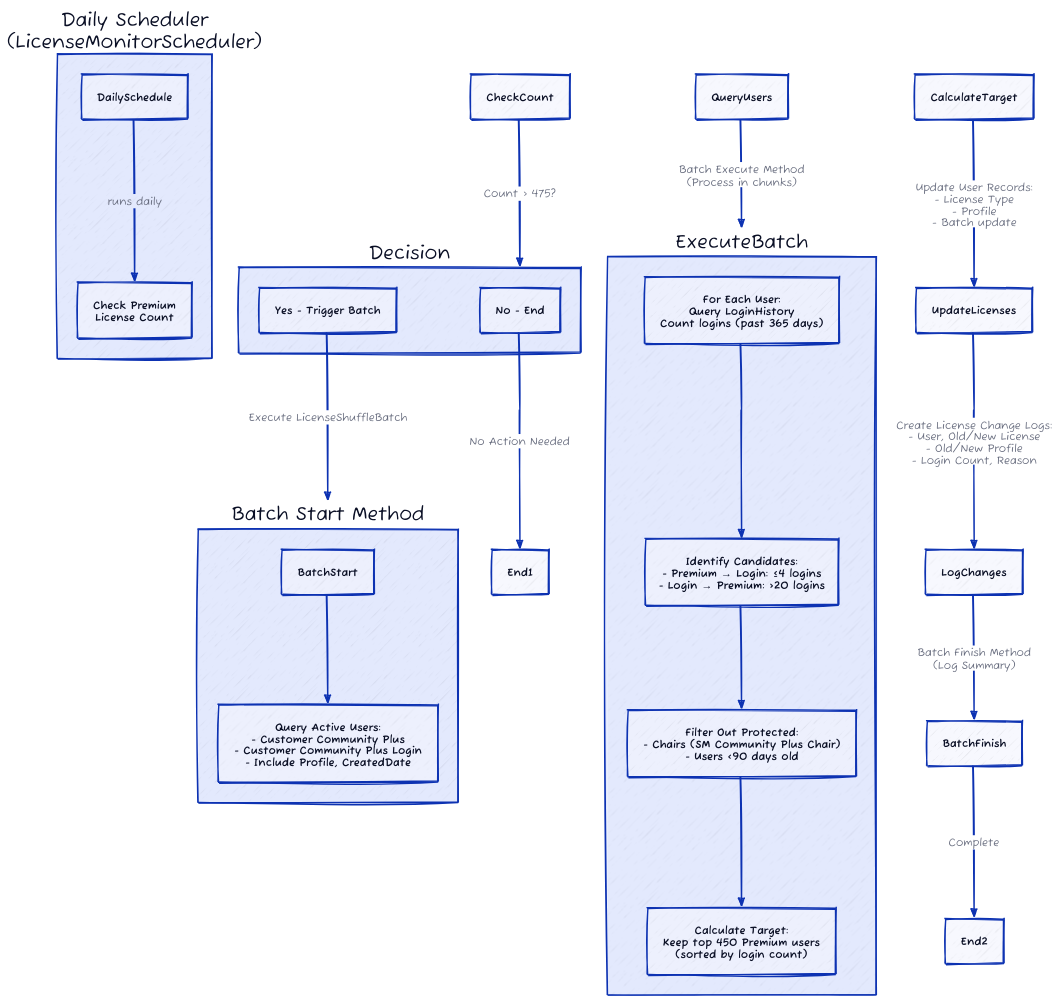
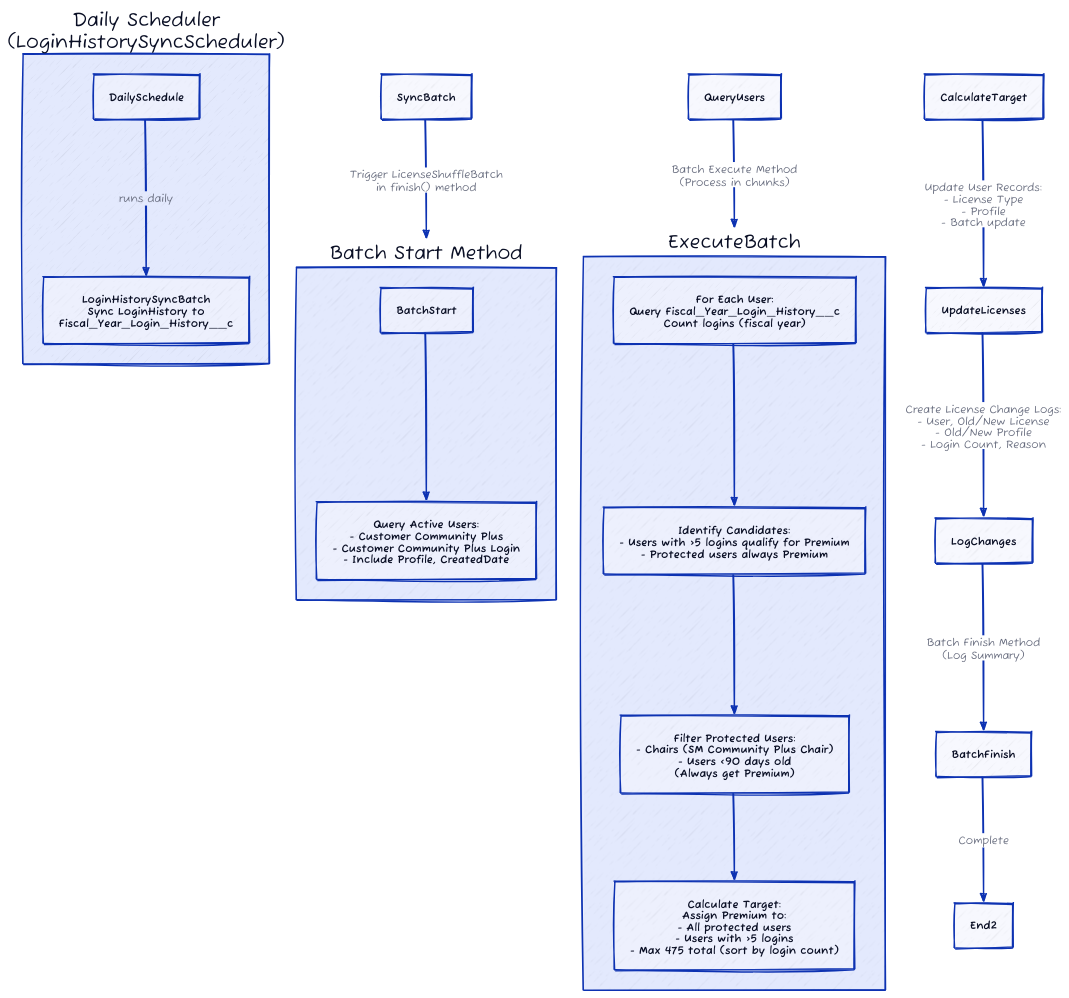
Before and after one commit to Spokane-Mountaineers/salesforce: the diagram in docs/proposals/automate-member-license-sorting-flow.d2, drawn with D2. The commit also changed 55 other files, not shown here.

First line of the commit message:
Implement automated license sorting with full fiscal year tracking

```diff
--- a/docs/proposals/automate-member-license-sorting-flow.d2
+++ b/docs/proposals/automate-member-license-sorting-flow.d2
@@ -1,45 +1,38 @@
 # direction: right
 vars {
     d2-config {
         sketch: true
         center: true
     }
 }
 
-DailySchedule: "Daily Scheduler\n(LicenseMonitorScheduler)" {
-    CheckCount: "Check Premium\nLicense Count"
-    DailySchedule -> CheckCount: runs daily
+DailySchedule: "Daily Scheduler\n(LoginHistorySyncScheduler)" {
+    SyncBatch: "LoginHistorySyncBatch\nSync LoginHistory to\nFiscal_Year_Login_History__c"
+    DailySchedule -> SyncBatch: runs daily
 }
 
-CheckCount -> Decision: "Count > 475?"
-Decision: {
-    Yes: "Yes - Trigger Batch"
-    No: "No - End"
-}
-
-Decision.Yes -> BatchStart: "Execute LicenseShuffleBatch"
-Decision.No -> End1: "No Action Needed"
+SyncBatch -> BatchStart: "Trigger LicenseShuffleBatch\nin finish() method"
 
 BatchStart: "Batch Start Method" {
     QueryUsers: "Query Active Users:\n- Customer Community Plus\n- Customer Community Plus Login\n- Include Profile, CreatedDate"
     BatchStart -> QueryUsers
 }
 
 QueryUsers -> ExecuteBatch: "Batch Execute Method\n(Process in chunks)"
 
 ExecuteBatch: {
-    CountLogins: "For Each User:\nQuery LoginHistory\nCount logins (past 365 days)"
-    IdentifyCandidates: "Identify Candidates:\n- Premium → Login: ≤4 logins\n- Login → Premium: >20 logins"
-    FilterProtected: "Filter Out Protected:\n- Chairs (SM Community Plus Chair)\n- Users <90 days old"
-    CalculateTarget: "Calculate Target:\nKeep top 450 Premium users\n(sorted by login count)"
+    CountLogins: "For Each User:\nQuery Fiscal_Year_Login_History__c\nCount logins (fiscal year)"
+    IdentifyCandidates: "Identify Candidates:\n- Users with >5 logins qualify for Premium\n- Protected users always Premium"
+    FilterProtected: "Filter Protected Users:\n- Chairs (SM Community Plus Chair)\n- Users <90 days old\n(Always get Premium)"
+    CalculateTarget: "Calculate Target:\nAssign Premium to:\n- All protected users\n- Users with >5 logins\n- Max 475 total (sort by login count)"
     
     CountLogins -> IdentifyCandidates
     IdentifyCandidates -> FilterProtected
     FilterProtected -> CalculateTarget
 }
 
 CalculateTarget -> UpdateLicenses: "Update User Records:\n- License Type\n- Profile\n- Batch update"
 UpdateLicenses -> LogChanges: "Create License Change Logs:\n- User, Old/New License\n- Old/New Profile\n- Login Count, Reason"
 LogChanges -> BatchFinish: "Batch Finish Method\n(Log Summary)"
 
 BatchFinish -> End2: "Complete"
```
